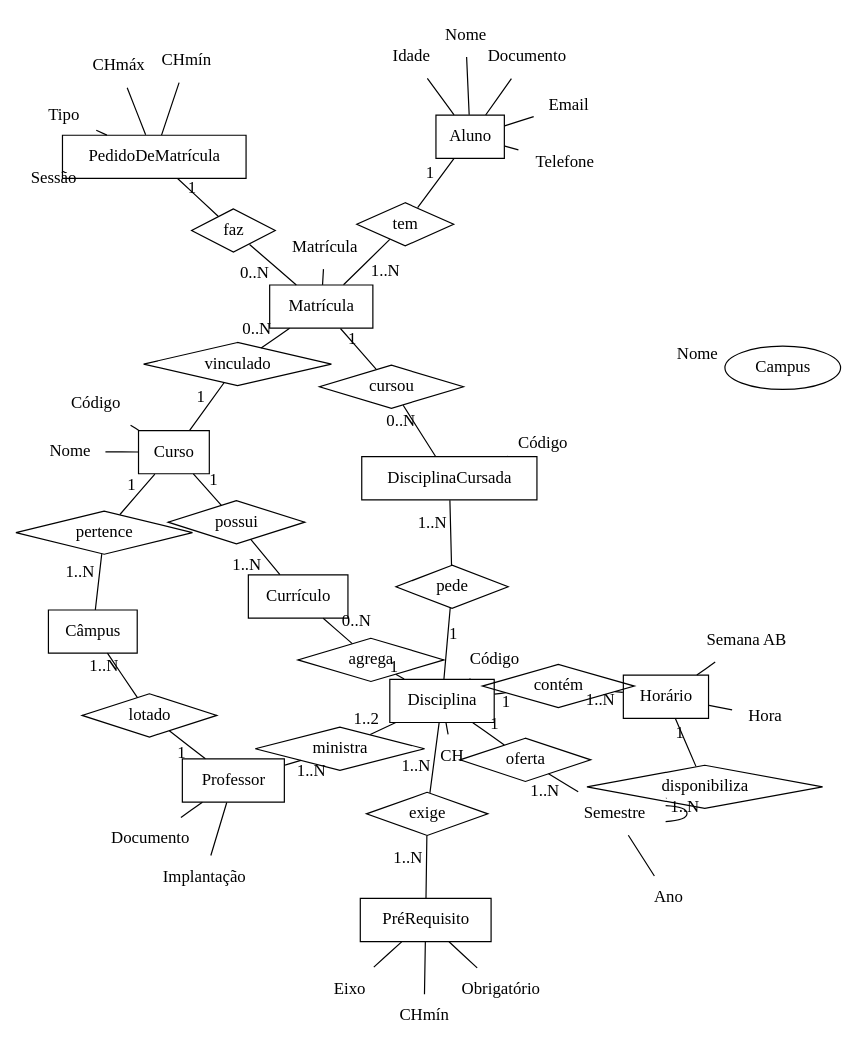
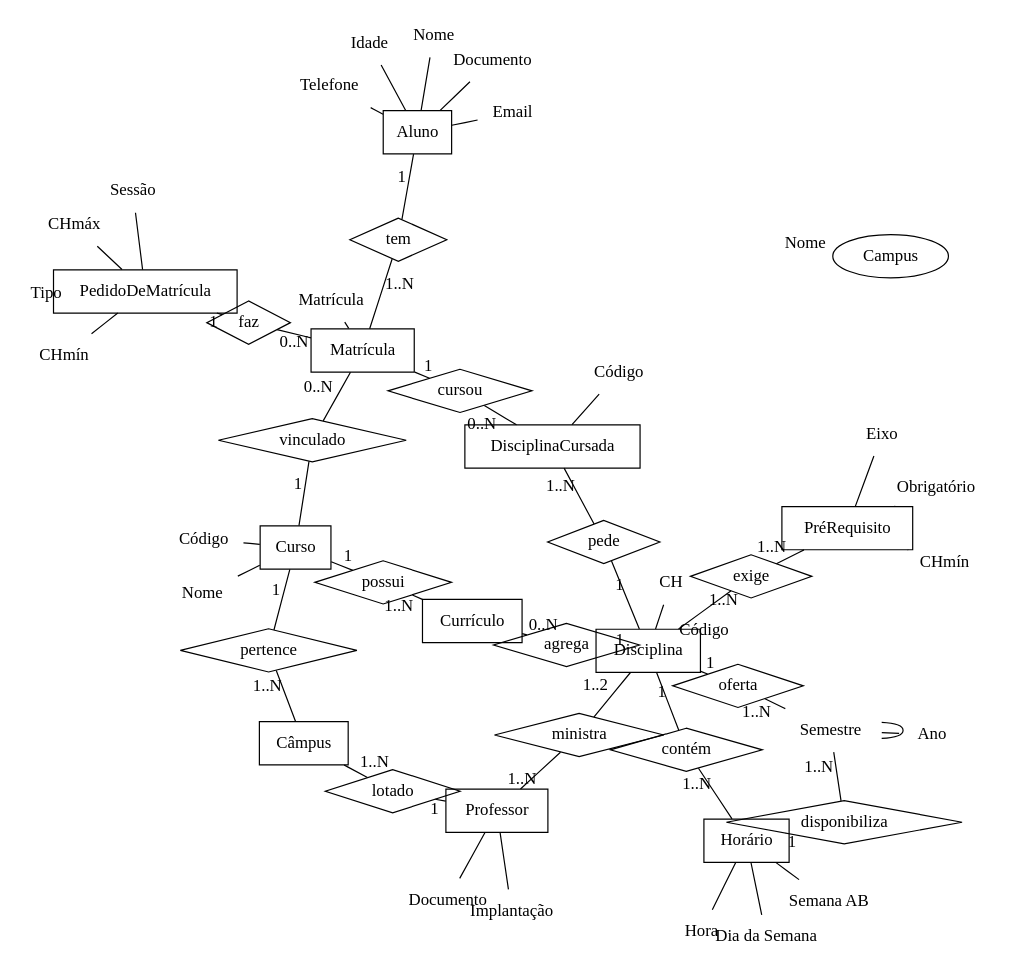
Before and after one commit to kathfertig/BCD20162: the diagram in diagrama_ER.dot, drawn with Graphviz.

Commit message:
Update diagrama_ER.dot
#37, #38, #114

```diff
--- a/diagrama_ER.dot
+++ b/diagrama_ER.dot
@@ -1,119 +1,122 @@
 graph diagramaER {
   layout = neato
  
 // Entidades
   Aluno [shape=record]
   Matrícula [shape=record]
   DisciplinaCursada [shape=record]
   Disciplina [shape=record]
   PedidoDeMatrícula [shape=record]
   Curso [shape=record]
   Câmpus [shape=record]
   Currículo [shape=record]
   Professor [shape=record]
   Semestre [shape=record]
   Horário [shape=record]
   PréRequisito [shape=record]
  
   // Atributos
   DocumentoAluno [shape=plaintext, label="Documento"]
   NomeAluno [shape=plaintext,label="Nome"]
   Idade [shape=plaintext]
   Telefone [shape=plaintext]
   Email [shape=plaintext]
   NúmeroMatrícula [shape=plaintext,label="Matrícula"]
   NomeCurso [shape=plaintext,label="Nome"]
   CódigoCurso [shape=plaintext,label="Código"]
   NomeCampus [shape=plaintext,label="Nome"]
   DocumentoProfessor [shape=plaintext, label="Documento"]
   NomeProfessor [shape=plaintext,label="Implantação"]
   CódigoCursada [shape=plaintext,label="Código"]
   CódigoDisciplina [shape=plaintext,label="Código"]
   CHDisciplina [shape=plaintext,label="CH"]
   CHmínimaRequisito [shape=plaintext,label="CHmín"]
   Obrigatório [shape=plaintext]
   Eixo [shape=plaintext]
   Hora [shape=plaintext]
+  DiaDaSemana [shape=plaintext,label="Dia da Semana"]
+  SemanaAB [shape=plaintext,label="Semana AB"]
   Semestre [shape=plaintext]
   Ano [shape=plaintext]
   CHmínimaMatrícula [shape=plaintext,label="CHmín"]
   CHmáximaMatrícula [shape=plaintext,label="CHmáx"]
   SessãoMatrícula [shape=plaintext,label="Sessão"]
   TipoPedido [shape=plaintext,label="Tipo"]
-  SemanaAB [shape=plaintext,label="Semana AB"]
+  
 
 
   // Relacionamentos
   tem [shape=diamond]
   faz [shape=diamond]
   vinculado [shape=diamond]
   cursou [shape=diamond]
   pede [shape=diamond]
   pertence [shape=diamond]
   possui [shape=diamond]
   lotado [shape=diamond]
   agrega [shape=diamond]
   ministra [shape=diamond]
   oferta [shape=diamond]
   contém [shape=diamond]
   exige [shape=diamond]
   disponibiliza [shape=diamond]
  
    // Ligações Entidade-Entidade
   Aluno -- tem [label="1"]
   tem -- Matrícula [label="1..N"]
   Matrícula -- cursou [label="1"]
   cursou -- DisciplinaCursada [label="0..N"]
   DisciplinaCursada -- pede [label="1..N"]
   pede -- Disciplina [label="1"]
   Matrícula -- faz [label="0..N"]
   faz -- PedidoDeMatrícula [label="1"]
   Matrícula -- vinculado [label="0..N"]
   vinculado -- Curso [label="1"]
   Curso -- pertence [label="1"]
   pertence -- Câmpus [label="1..N"]
   Curso -- possui [label="1"]
   possui -- Currículo [label="1..N"]
   Professor -- lotado [label="1"]
   lotado -- Câmpus [label="1..N"]
   Disciplina -- ministra [label="1..2"]
   ministra -- Professor [label="1..N"]
   Currículo -- agrega [label="0..N"]
   agrega -- Disciplina [label="1"]
   Semestre -- oferta [label="1..N"]
   oferta -- Disciplina [label="1"]
   Disciplina -- contém [label="1"]
   contém -- Horário [label="1..N"]
   Semestre -- disponibiliza [label="1..N"]
   disponibiliza -- Horário [label="1"]
   Disciplina -- exige [label="1..N"]
   exige -- PréRequisito [label="1..N"]
   
   // Ligações Entidade-Atributos
   Aluno -- DocumentoAluno
   Aluno -- NomeAluno
   Aluno -- Idade
   Aluno -- Telefone
   Aluno -- Email
   Matrícula -- NúmeroMatrícula
   Curso -- NomeCurso
   Curso -- CódigoCurso
   Campus -- NomeCampus
   Professor -- DocumentoProfessor
   Professor --  NomeProfessor
   DisciplinaCursada -- CódigoCursada
   Disciplina -- CódigoDisciplina
   Disciplina -- CHDisciplina
   PréRequisito -- CHmínimaRequisito
   PréRequisito -- Obrigatório
   PréRequisito -- Eixo
   Horário -- Hora
   Horário -- SemanaAB
+  Horário -- DiaDaSemana
   Semestre -- Semestre
   Semestre --  Ano
   PedidoDeMatrícula -- CHmínimaMatrícula
   PedidoDeMatrícula -- CHmáximaMatrícula
   PedidoDeMatrícula -- SessãoMatrícula
   PedidoDeMatrícula -- TipoPedido
   
   }
```
